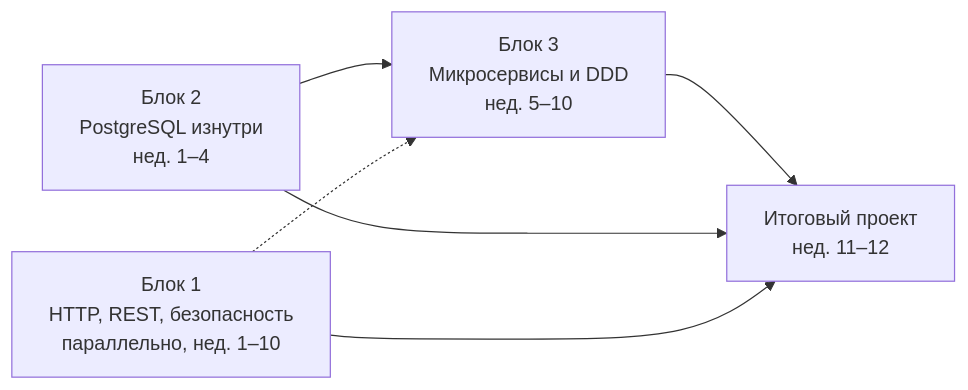
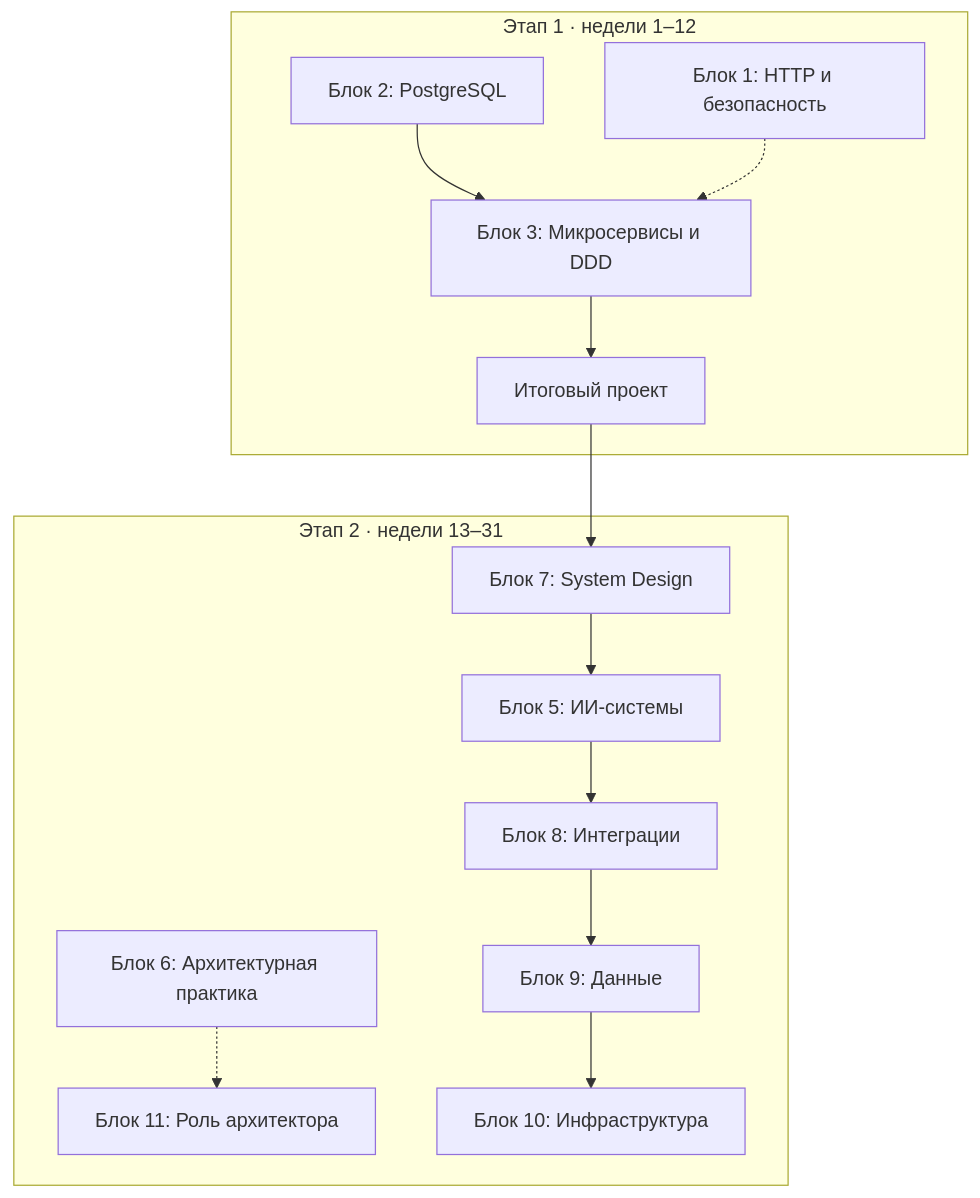
The diagram in README.md (PaulJurichM/architect-study-plan), drawn with Mermaid before and after one commit. The commit also changed other lines of this file and 72 other files, not shown here.

````diff
--- a/README.md
+++ b/README.md
@@ -15,8 +17,16 @@
 ```mermaid
-flowchart LR
-    B2["Блок 2<br/>PostgreSQL изнутри<br/>нед. 1–4"] --> B3["Блок 3<br/>Микросервисы и DDD<br/>нед. 5–10"]
-    B1["Блок 1<br/>HTTP, REST, безопасность<br/>параллельно, нед. 1–10"] -.-> B3
-    B3 --> C["Итоговый проект<br/>нед. 11–12"]
-    B2 --> C
-    B1 --> C
+flowchart TD
+    subgraph P1["Этап 1 · недели 1–12"]
+        B2["Блок 2: PostgreSQL"] --> B3["Блок 3: Микросервисы и DDD"]
+        B1["Блок 1: HTTP и безопасность"] -.-> B3
+        B3 --> C["Итоговый проект"]
+    end
+    subgraph P2["Этап 2 · недели 13–31"]
+        B7["Блок 7: System Design"] --> B5["Блок 5: ИИ-системы"]
+        B6["Блок 6: Архитектурная практика"] -.-> B11["Блок 11: Роль архитектора"]
+        B5 --> B8["Блок 8: Интеграции"]
+        B8 --> B9["Блок 9: Данные"]
+        B9 --> B10["Блок 10: Инфраструктура"]
+    end
+    C --> B7
 ```
````
